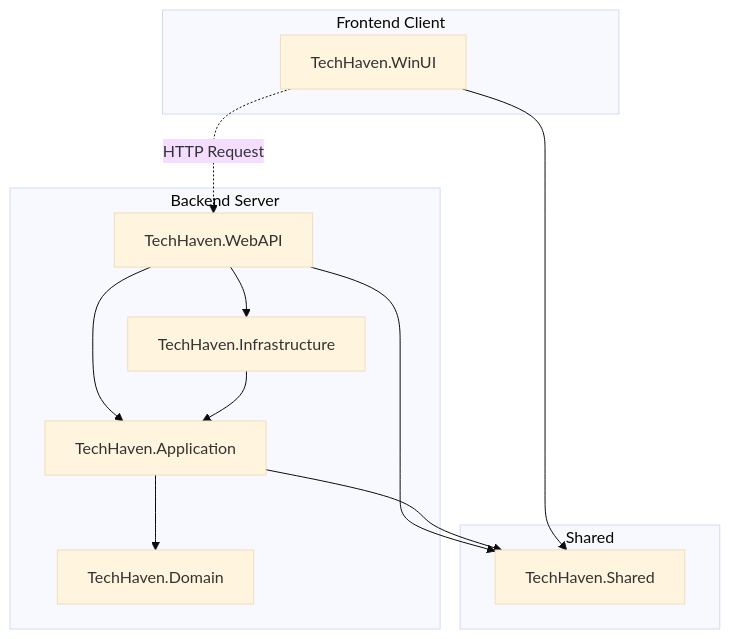
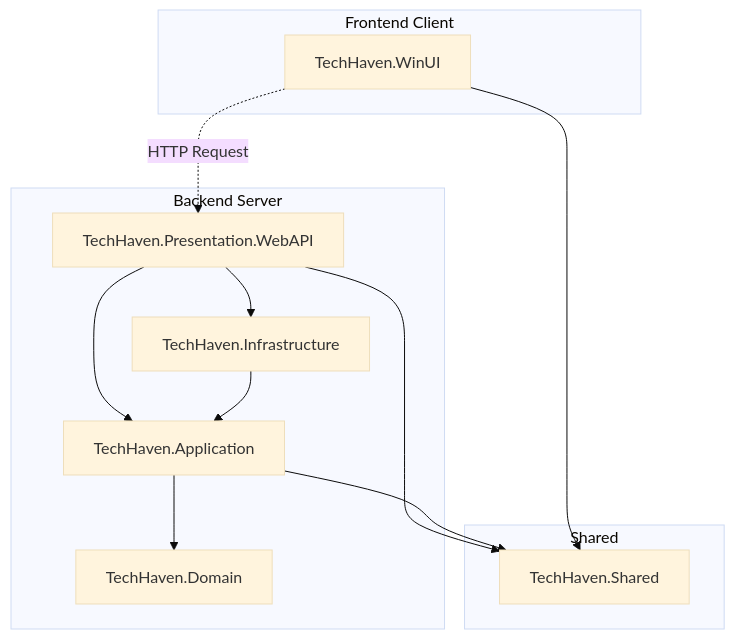
One commit to tranquocvy/window-shop-docs changed the third of 4 diagrams in project_proposals/project_proposal_1.md. Above: the diagram before and after it, drawn with Mermaid (base theme). The commit also changed other lines of this file and 1 other file, not shown here.

````diff
--- a/project_proposals/project_proposal_1.md
+++ b/project_proposals/project_proposal_1.md
@@ -332,30 +332,30 @@
 ```mermaid
 graph TD
     subgraph "Frontend Client"
         WinUI[TechHaven.WinUI]
     end
 
     subgraph "Backend Server"
-        WebAPI[TechHaven.WebAPI]
+        WebAPI[TechHaven.Presentation.WebAPI]
         Infra[TechHaven.Infrastructure]
         App[TechHaven.Application]
         Domain[TechHaven.Domain]
     end
 
     subgraph "Shared"
         Contracts[TechHaven.Shared]
     end
 
     %% Dependencies
     WinUI --> Contracts
     WinUI -. HTTP Request .-> WebAPI
 
     WebAPI --> App
     WebAPI --> Infra
     WebAPI --> Contracts
 
     Infra --> App
     App --> Domain
     App --> Contracts
 
 ```
````
